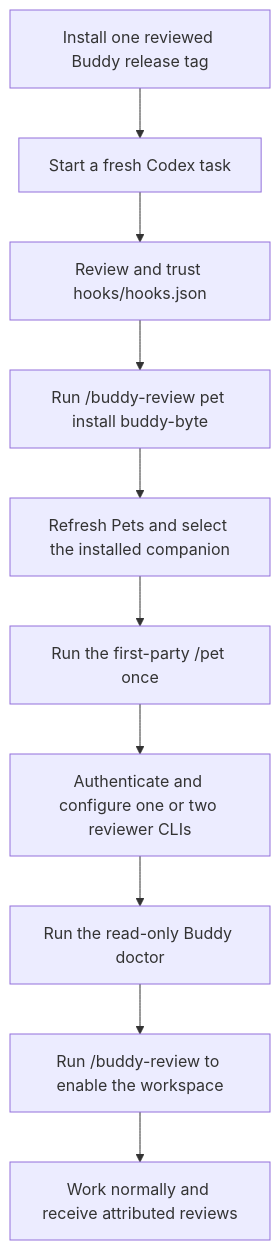
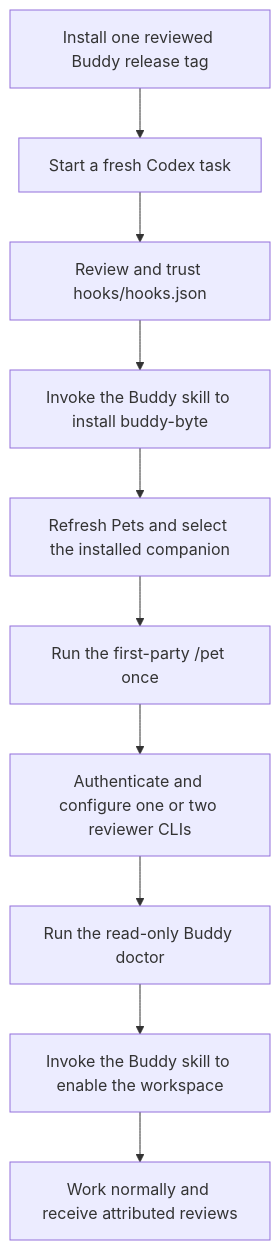
Before and after one commit to pnascimento9596/codex-buddy-reviewer: the second of 3 diagrams in README.md, drawn with Mermaid. The commit also changed other lines of this file and 14 other files, not shown here.

````diff
--- a/README.md
+++ b/README.md
@@ -181,12 +181,12 @@
 ```mermaid
 flowchart TD
     A["Install one reviewed Buddy release tag"] --> B["Start a fresh Codex task"]
     B --> C["Review and trust hooks/hooks.json"]
-    C --> D["Run /buddy-review pet install buddy-byte"]
+    C --> D["Invoke the Buddy skill to install buddy-byte"]
     D --> E["Refresh Pets and select the installed companion"]
     E --> F["Run the first-party /pet once"]
     F --> G["Authenticate and configure one or two reviewer CLIs"]
     G --> H["Run the read-only Buddy doctor"]
-    H --> I["Run /buddy-review to enable the workspace"]
+    H --> I["Invoke the Buddy skill to enable the workspace"]
     I --> J["Work normally and receive attributed reviews"]
 ```
````
